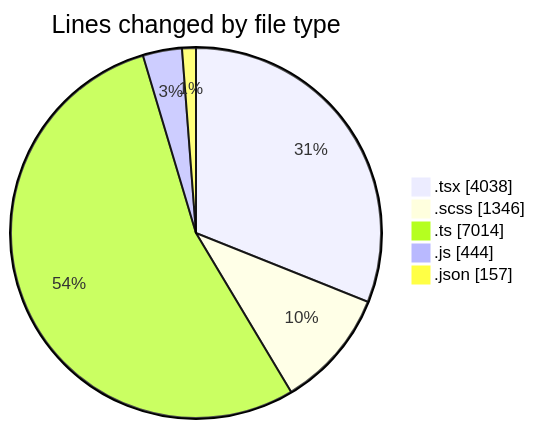
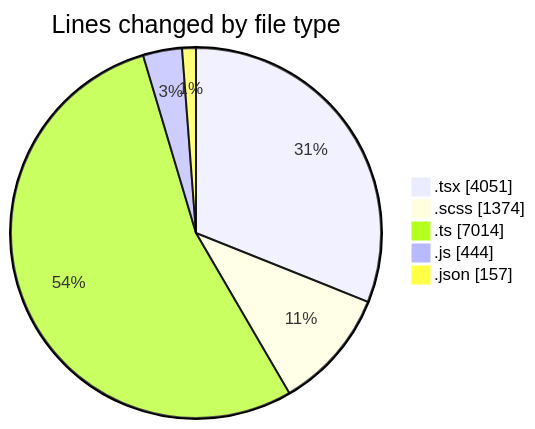
The first of 2 diagrams in 2026-04-23/cda/README.md (momahboobian/code-tracking), drawn with Mermaid before and after one commit. The commit also changed other lines of this file and 1 other file, not shown here.

````diff
--- a/2026-04-23/cda/README.md
+++ b/2026-04-23/cda/README.md
@@ -44,9 +44,9 @@
 ```mermaid
 pie showData
 title Lines changed by file type
-".tsx" : 4038
-".scss" : 1346
+".tsx" : 4051
+".scss" : 1374
 ".ts" : 7014
 ".js" : 444
 ".json" : 157
 ```
````
